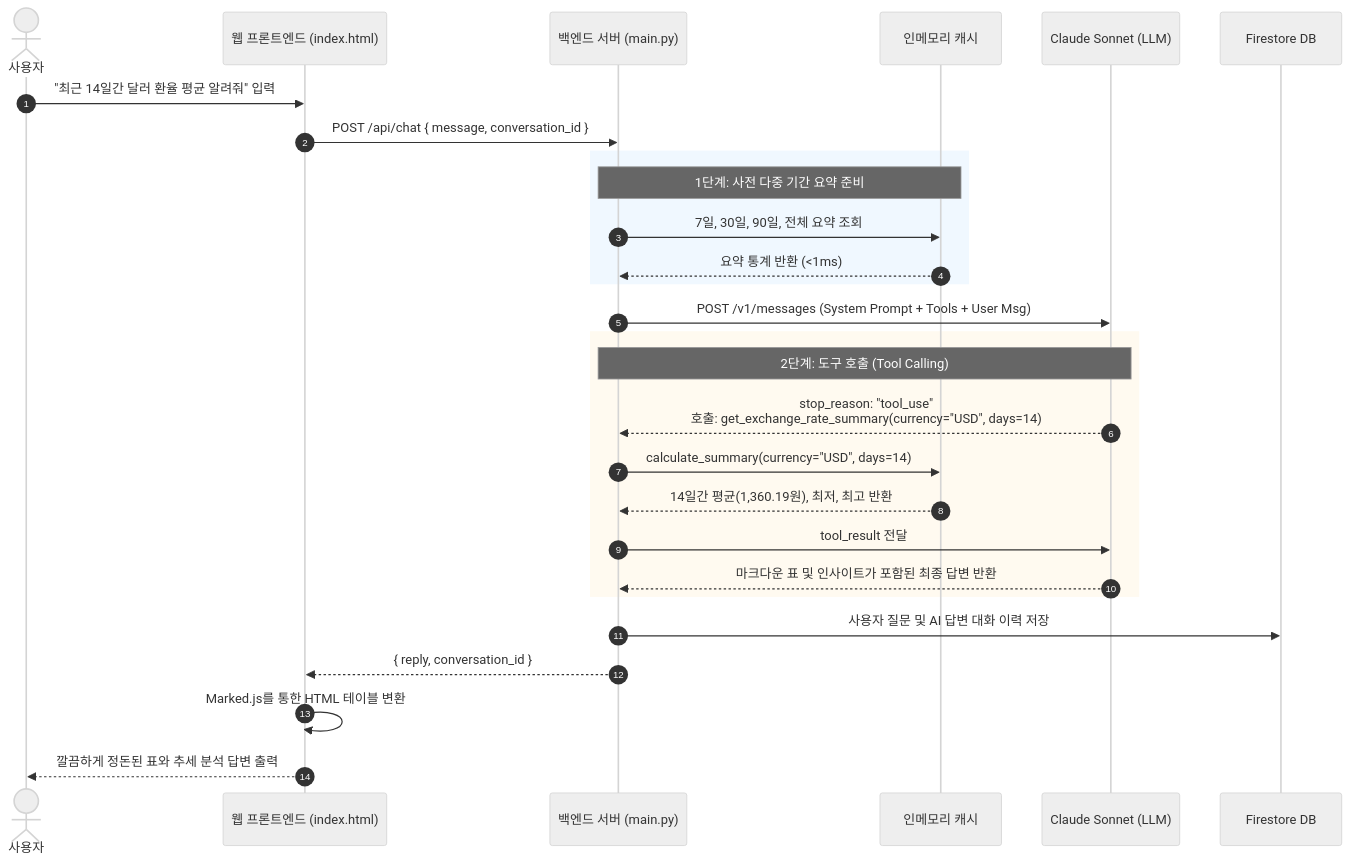
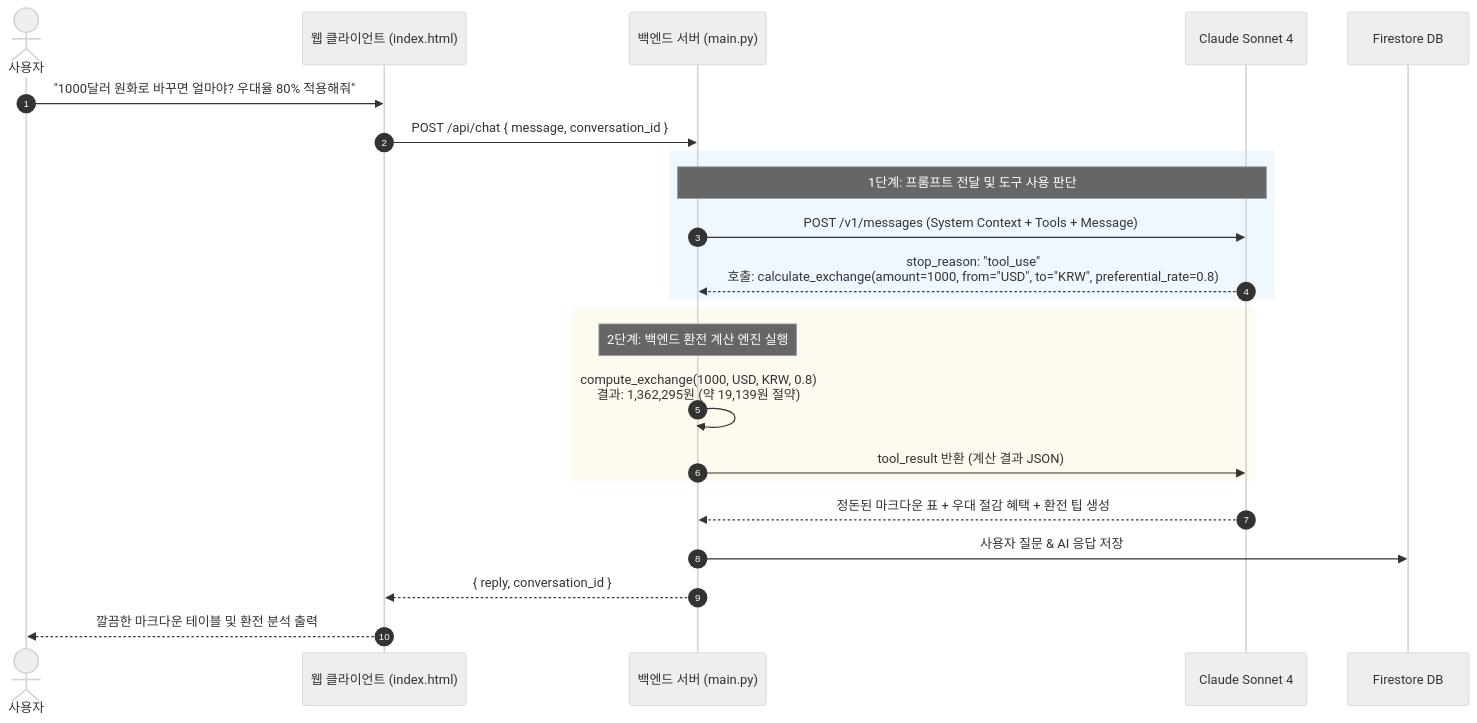
The third of 3 diagrams in README.md (mustiolla/ai_agent_fx), drawn with Mermaid (neutral theme) before and after one commit. The commit also changed other lines of this file and 2 other files, not shown here.

````diff
--- a/README.md
+++ b/README.md
@@ -102,35 +142,29 @@
 ```mermaid
 sequenceDiagram
     autonumber
     actor User as 사용자
-    participant Frontend as 웹 프론트엔드 (index.html)
+    participant Frontend as 웹 클라이언트 (index.html)
     participant Backend as 백엔드 서버 (main.py)
-    participant Cache as 인메모리 캐시
-    participant Claude as Claude Sonnet (LLM)
+    participant Claude as Claude Sonnet 4
     participant DB as Firestore DB
 
-    User->>Frontend: "최근 14일간 달러 환율 평균 알려줘" 입력
+    User->>Frontend: "1000달러 원화로 바꾸면 얼마야? 우대율 80% 적용해줘"
     Frontend->>Backend: POST /api/chat { message, conversation_id }
     
     rect rgb(240, 248, 255)
-        Note over Backend,Cache: 1단계: 사전 다중 기간 요약 준비
-        Backend->>Cache: 7일, 30일, 90일, 전체 요약 조회
-        Cache-->>Backend: 요약 통계 반환 (<1ms)
+        Note over Backend,Claude: 1단계: 프롬프트 전달 및 도구 사용 판단
+        Backend->>Claude: POST /v1/messages (System Context + Tools + Message)
+        Claude-->>Backend: stop_reason: "tool_use"<br>호출: calculate_exchange(amount=1000, from="USD", to="KRW", preferential_rate=0.8)
     end
 
-    Backend->>Claude: POST /v1/messages (System Prompt + Tools + User Msg)
-    
     rect rgb(255, 250, 240)
-        Note over Claude,Backend: 2단계: 도구 호출 (Tool Calling)
-        Claude-->>Backend: stop_reason: "tool_use"<br>호출: get_exchange_rate_summary(currency="USD", days=14)
-        Backend->>Cache: calculate_summary(currency="USD", days=14)
-        Cache-->>Backend: 14일간 평균(1,360.19원), 최저, 최고 반환
-        Backend->>Claude: tool_result 전달
-        Claude-->>Backend: 마크다운 표 및 인사이트가 포함된 최종 답변 반환
+        Note over Backend: 2단계: 백엔드 환전 계산 엔진 실행
+        Backend->>Backend: compute_exchange(1000, USD, KRW, 0.8)<br>결과: 1,362,295원 (약 19,139원 절약)
+        Backend->>Claude: tool_result 반환 (계산 결과 JSON)
     end
 
-    Backend->>DB: 사용자 질문 및 AI 답변 대화 이력 저장
+    Claude-->>Backend: 정돈된 마크다운 표 + 우대 절감 혜택 + 환전 팁 생성
+    Backend->>DB: 사용자 질문 & AI 응답 저장
     Backend-->>Frontend: { reply, conversation_id }
-    Frontend->>Frontend: Marked.js를 통한 HTML 테이블 변환
-    Frontend-->>User: 깔끔하게 정돈된 표와 추세 분석 답변 출력
+    Frontend-->>User: 깔끔한 마크다운 테이블 및 환전 분석 출력
 ```
````
